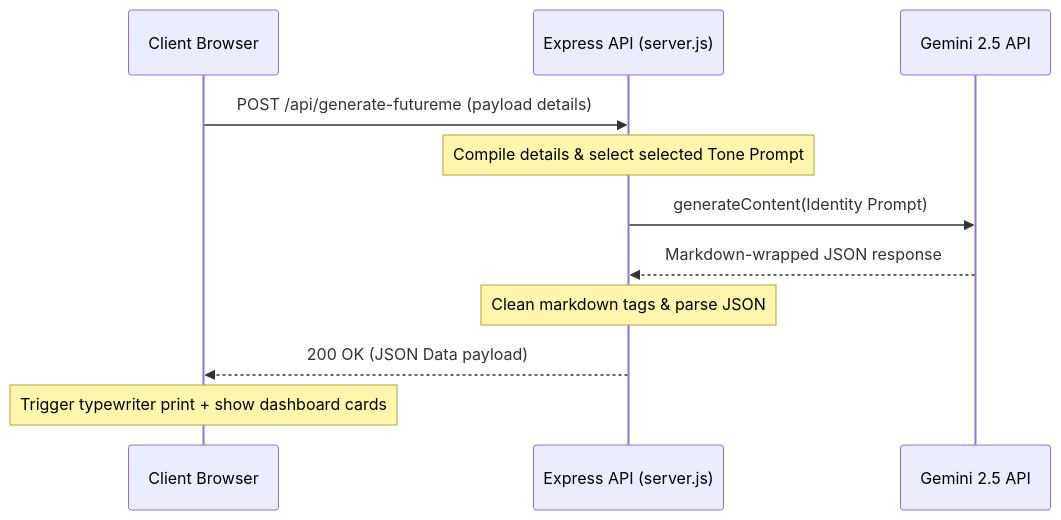
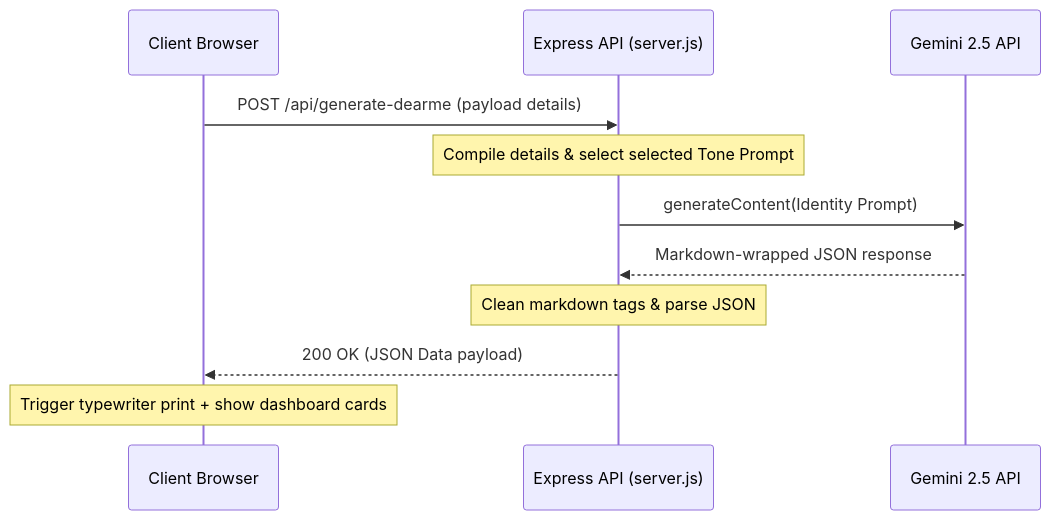
The second of 3 diagrams in TECHNICAL_DOCUMENTATION.md (AnshuArelly/dearme), drawn with Mermaid before and after one commit. The commit also changed other lines of this file and 7 other files, not shown here.

````diff
--- a/TECHNICAL_DOCUMENTATION.md
+++ b/TECHNICAL_DOCUMENTATION.md
@@ -39,14 +39,14 @@
 ```mermaid
 sequenceDiagram
     participant User as Client Browser
     participant API as Express API (server.js)
     participant AI as Gemini 2.5 API
     
-    User->>API: POST /api/generate-futureme (payload details)
+    User->>API: POST /api/generate-dearme (payload details)
     Note over API: Compile details & select selected Tone Prompt
     API->>AI: generateContent(Identity Prompt)
     AI-->>API: Markdown-wrapped JSON response
     Note over API: Clean markdown tags & parse JSON
     API-->>User: 200 OK (JSON Data payload)
     Note over User: Trigger typewriter print + show dashboard cards
 ```
````
